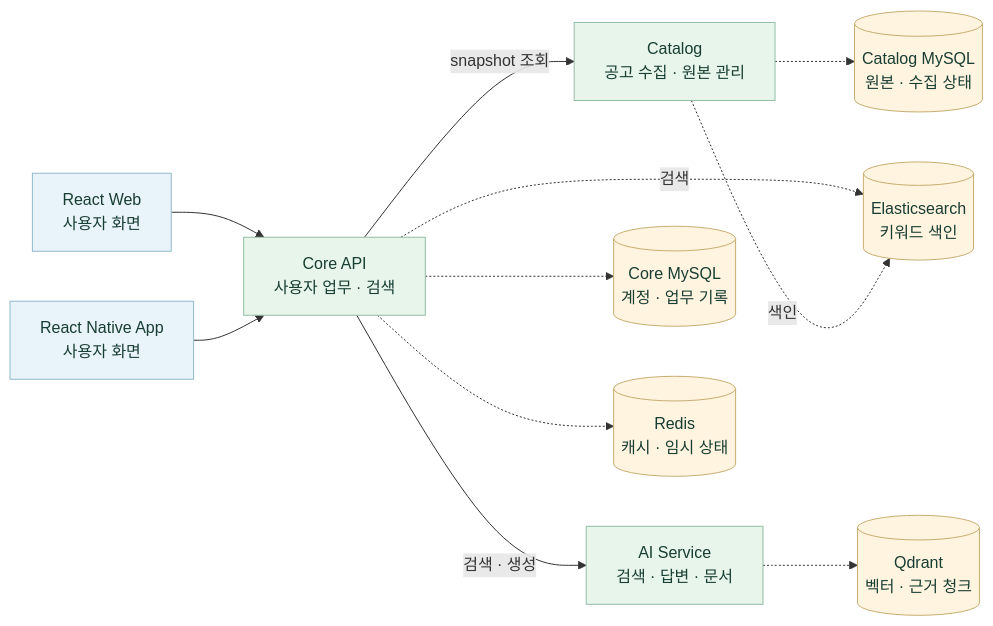
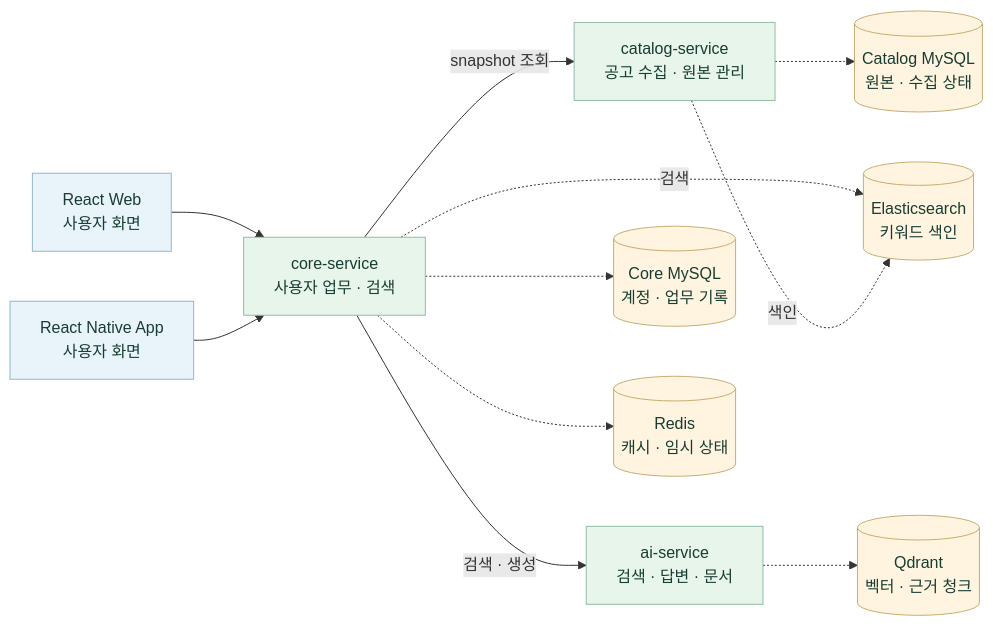
One commit to 20220348-kim/SKN34-4th-1Team changed the third of 7 diagrams in README.md. Above: the diagram before and after it, drawn with Mermaid. The commit also changed other lines of this file, not shown here.

````diff
--- a/README.md
+++ b/README.md
@@ -137,19 +137,19 @@
 ```mermaid
 flowchart LR
-    Web["React Web<br/>사용자 화면"] --> Core["Core API<br/>사용자 업무 · 검색"]
+    Web["React Web<br/>사용자 화면"] --> Core["core-service<br/>사용자 업무 · 검색"]
     Mobile["React Native App<br/>사용자 화면"] --> Core
-    Core -->|snapshot 조회| Catalog["Catalog<br/>공고 수집 · 원본 관리"]
-    Core -->|검색 · 생성| AI["AI Service<br/>검색 · 답변 · 문서"]
+    Core -->|snapshot 조회| Catalog["catalog-service<br/>공고 수집 · 원본 관리"]
+    Core -->|검색 · 생성| AI["ai-service<br/>검색 · 답변 · 문서"]
     Core -.-> CoreDB[("Core MySQL<br/>계정 · 업무 기록")]
     Catalog -.-> CatalogDB[("Catalog MySQL<br/>원본 · 수집 상태")]
     AI -.-> Qdrant[("Qdrant<br/>벡터 · 근거 청크")]
     Core -. 검색 .-> Elastic[("Elasticsearch<br/>키워드 색인")]
     Catalog -. 색인 .-> Elastic
     Core -.-> Redis[("Redis<br/>캐시 · 임시 상태")]
     classDef client fill:#e8f3fa,stroke:#91b9cd,color:#183d32
     classDef service fill:#e7f5eb,stroke:#92bda6,color:#183d32
     classDef storage fill:#fff4df,stroke:#c8ad72,color:#183d32
     class Web,Mobile client
     class Core,Catalog,AI service
     class CoreDB,CatalogDB,Qdrant,Elastic,Redis storage
 ```
````
